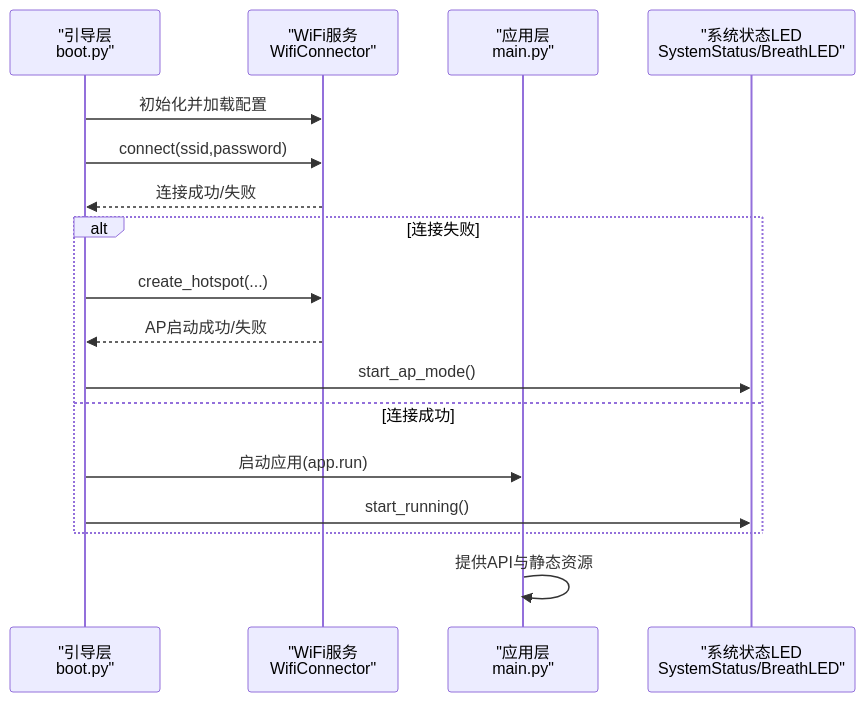
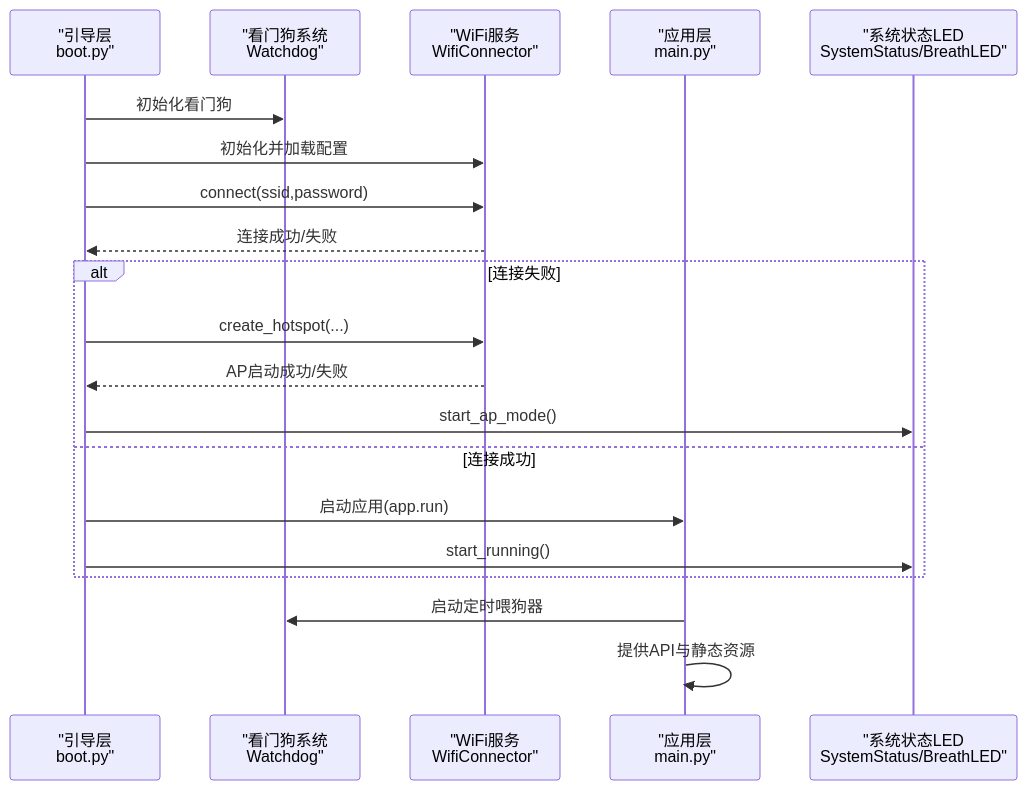
The second of 9 diagrams in .qoder/repowiki/zh/content/故障排除/故障排除.md (qq20739111/weilushishe-lishitai), drawn with Mermaid before and after one commit. The commit also changed other lines of this file and 23 other files, not shown here.

````diff
--- a/.qoder/repowiki/zh/content/故障排除/故障排除.md
+++ b/.qoder/repowiki/zh/content/故障排除/故障排除.md
@@ -86,19 +96,22 @@
 ```mermaid
 sequenceDiagram
 participant Boot as "引导层<br/>boot.py"
+participant Watchdog as "看门狗系统<br/>Watchdog"
 participant Wifi as "WiFi服务<br/>WifiConnector"
 participant Main as "应用层<br/>main.py"
 participant LED as "系统状态LED<br/>SystemStatus/BreathLED"
+Boot->>Watchdog : 初始化看门狗
 Boot->>Wifi : 初始化并加载配置
 Boot->>Wifi : connect(ssid,password)
 Wifi-->>Boot : 连接成功/失败
 alt 连接失败
 Boot->>Wifi : create_hotspot(...)
 Wifi-->>Boot : AP启动成功/失败
 Boot->>LED : start_ap_mode()
 else 连接成功
 Boot->>Main : 启动应用(app.run)
 Boot->>LED : start_running()
 end
+Main->>Watchdog : 启动定时喂狗器
 Main->>Main : 提供API与静态资源
 ```
````
